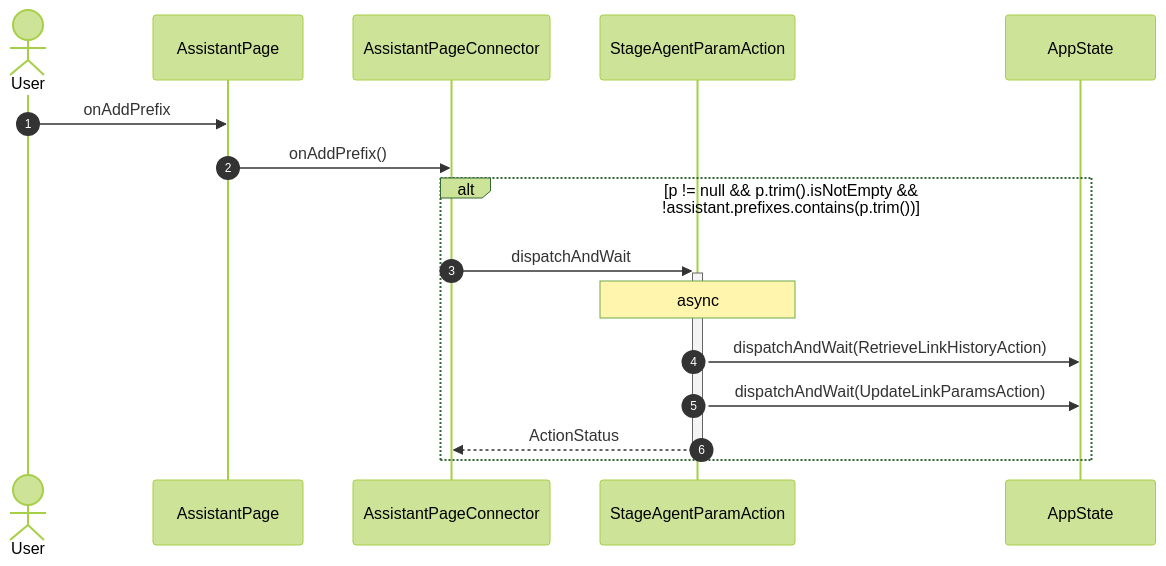
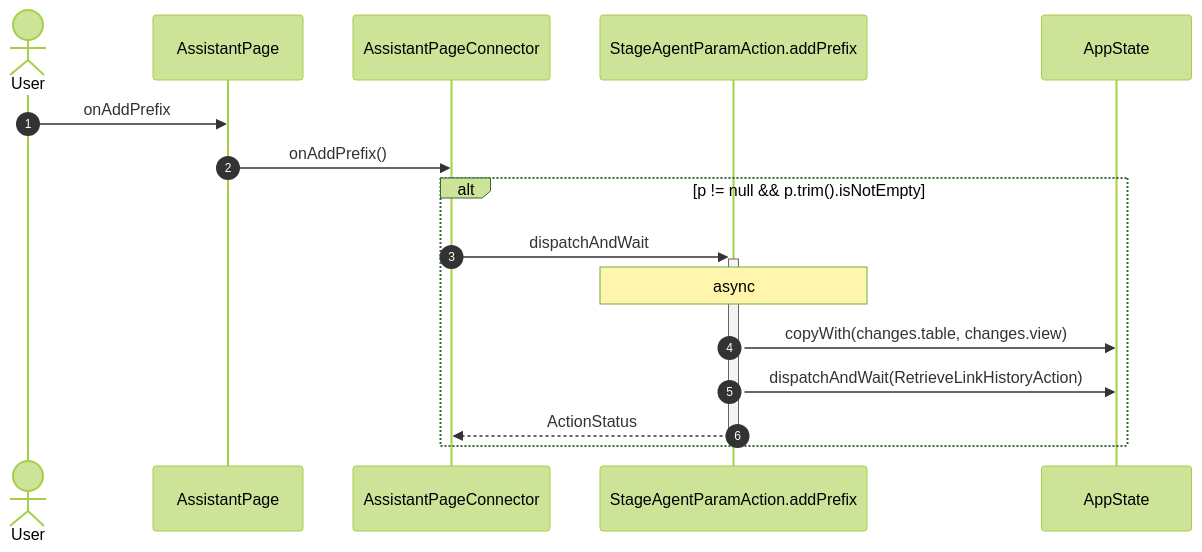
The ninth of 24 diagrams in studio/docs/flows/assistant.md (gencto/wyrm), drawn with Mermaid (forest theme) before and after one commit. The commit also changed other lines of this file and 26 other files, not shown here.

````diff
--- a/studio/docs/flows/assistant.md
+++ b/studio/docs/flows/assistant.md
@@ -170,19 +170,19 @@
 ```mermaid
 sequenceDiagram
     autonumber
     actor User
     participant UI as AssistantPage
     participant VM as AssistantPageConnector
-    participant A1 as StageAgentParamAction
+    participant A1 as StageAgentParamAction.addPrefix
     participant ST as AppState
 
     User->>UI: onAddPrefix
     UI->>VM: onAddPrefix()
-    alt p != null && p.trim().isNotEmpty && !assistant.prefixes.contains(p.trim())
+    alt p != null && p.trim().isNotEmpty
         VM->>+A1: dispatchAndWait
         Note over A1: async
+        A1->>ST: copyWith(changes.table, changes.view)
         A1->>ST: dispatchAndWait(RetrieveLinkHistoryAction)
-        A1->>ST: dispatchAndWait(UpdateLinkParamsAction)
         A1-->>-VM: ActionStatus
     end
 ```
````
